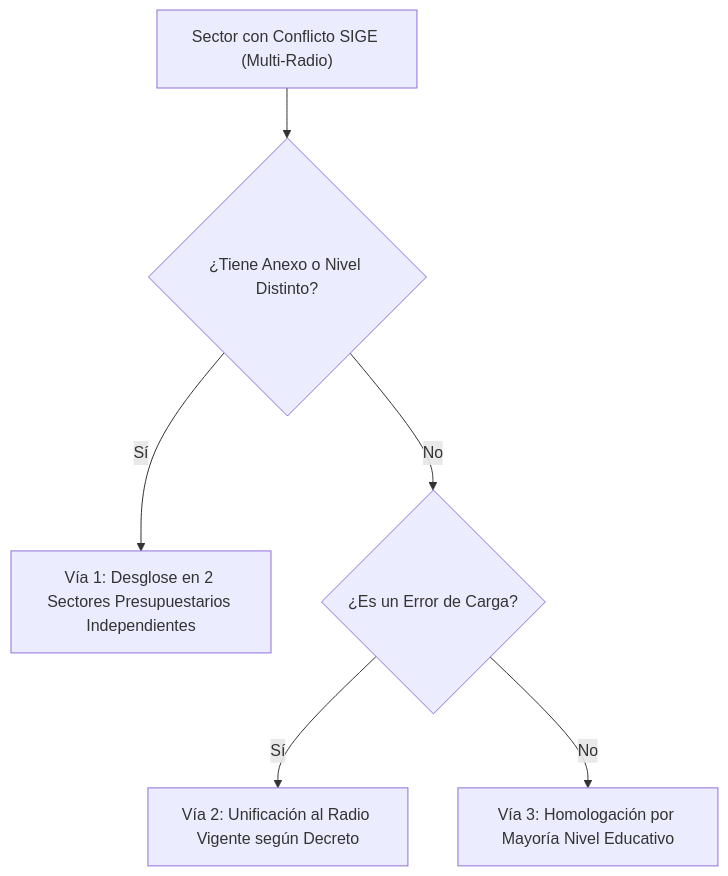
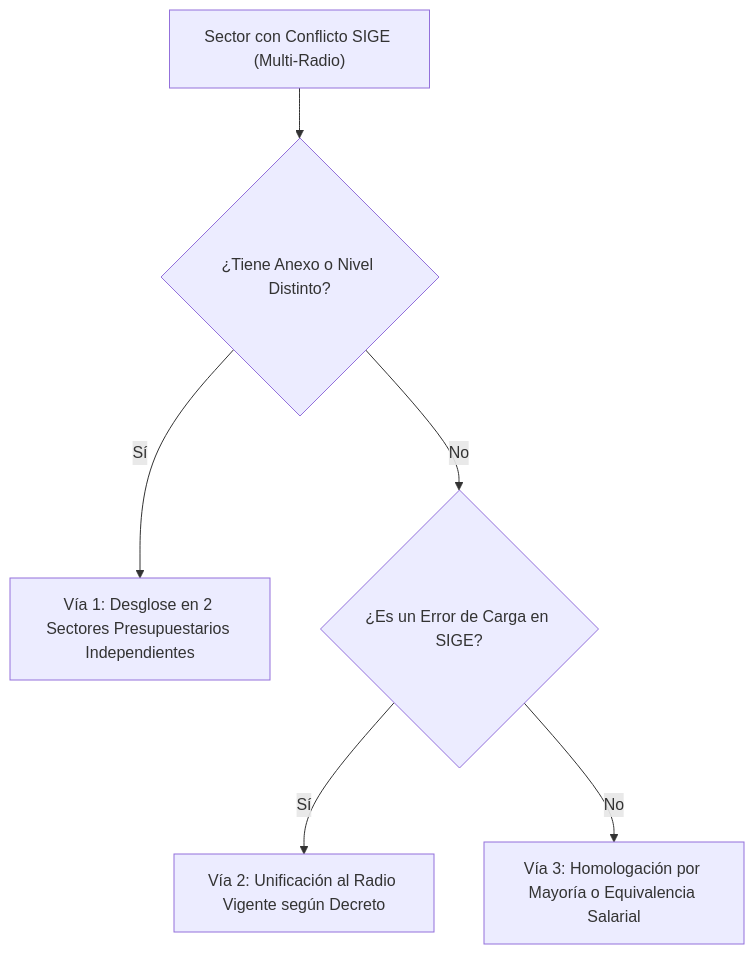
The diagram in doc/conflicos_sige.md (Noodle1981/edu-auditor), drawn with Mermaid before and after one commit. The commit also changed other lines of this file and 7 other files, not shown here.

````diff
--- a/doc/conflicos_sige.md
+++ b/doc/conflicos_sige.md
@@ -46,8 +60,8 @@
 ```mermaid
 graph TD
     A["Sector con Conflicto SIGE (Multi-Radio)"] --> B{"¿Tiene Anexo o Nivel Distinto?"}
     B -- Sí --> C["Vía 1: Desglose en 2 Sectores Presupuestarios Independientes"]
-    B -- No --> D{"¿Es un Error de Carga?"}
+    B -- No --> D{"¿Es un Error de Carga en SIGE?"}
     D -- Sí --> E["Vía 2: Unificación al Radio Vigente según Decreto"]
-    D -- No --> F["Vía 3: Homologación por Mayoría Nivel Educativo"]
+    D -- No --> F["Vía 3: Homologación por Mayoría o Equivalencia Salarial"]
 ```
````
